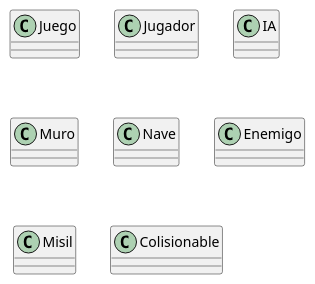
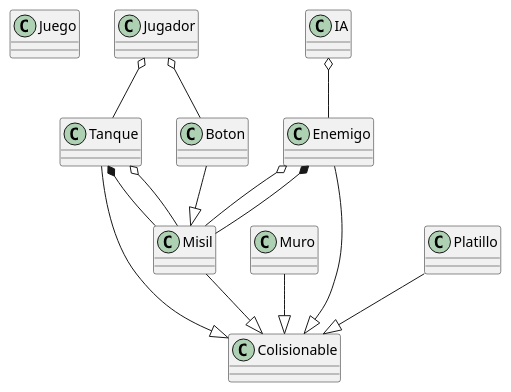
Before and after one commit to EduardoIsaacC/space_invaders: the diagram in docs/Space_Invaders.puml, drawn with PlantUML.

Commit message:
version_1.2

```diff
--- a/docs/Space_Invaders.puml
+++ b/docs/Space_Invaders.puml
@@ -1,11 +1,26 @@
 @startuml Space_Invaders
 class Juego
 class Jugador
 class IA
 class Muro
-class Nave
+class Tanque
 class Enemigo 
 class Misil 
 class Colisionable 
+class Boton
+class Platillo
 
+Jugador o-- Tanque
+Muro --|> Colisionable
+Misil --|> Colisionable
+IA o-- Enemigo
+Enemigo o-- Misil
+Boton --|> Misil
+Tanque *--  Misil
+Jugador o-- Boton
+Enemigo --|> Colisionable
+Tanque --|> Colisionable
+Platillo --|> Colisionable
+Tanque o-- Misil
+Enemigo *--  Misil
 @enduml
```
